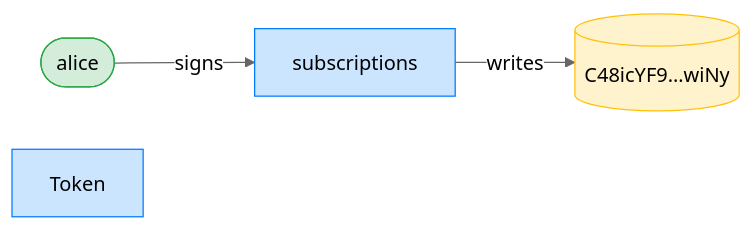
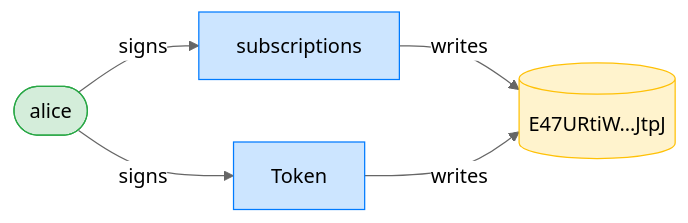
Before and after one commit to cds-rs/subscriptions: diagram 11 of 12 in dsl_tests/revoke-works-after-close.md, drawn with Mermaid (neutral theme). The commit also changed other lines of this file and 224 other files, not shown here.

````diff
--- a/dsl_tests/revoke-works-after-close.md
+++ b/dsl_tests/revoke-works-after-close.md
@@ -193,12 +202,14 @@
 ```mermaid
 flowchart LR
     classDef signer fill:#d4edda,stroke:#28a745;
     classDef program fill:#cce5ff,stroke:#007bff;
     classDef writable fill:#fff3cd,stroke:#ffc107;
     subscriptions[subscriptions]:::program
     alice([alice]):::signer
-    C48icYF9_wiNy[("C48icYF9…wiNy")]:::writable
+    E47URtiW_JtpJ[("E47URtiW…JtpJ")]:::writable
     Token[Token]:::program
     alice -->|signs| subscriptions
-    subscriptions -->|writes| C48icYF9_wiNy
+    alice -->|signs| Token
+    subscriptions -->|writes| E47URtiW_JtpJ
+    Token -->|writes| E47URtiW_JtpJ
 ```
````
